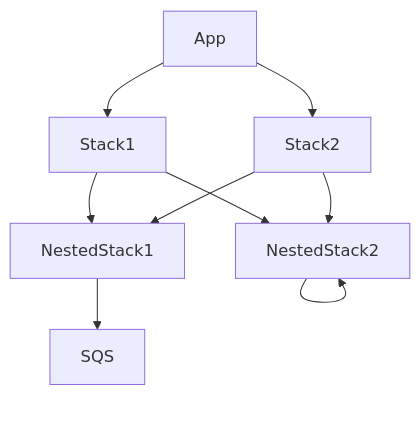
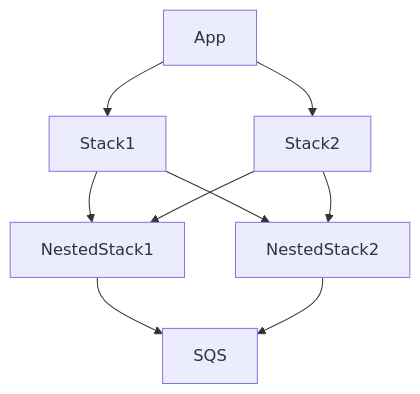
The diagram in README.md (raihalea/nestedstack-memo), drawn with Mermaid before and after one commit.

````diff
--- a/README.md
+++ b/README.md
@@ -4,14 +4,14 @@
 ```mermaid
 graph TD
   A[App] --> B[Stack1]
   A --> C[Stack2]
 
   B --> E[NestedStack1]
   B --> F[NestedStack2]
 
   C --> E
   C --> F
 
   E --> I[SQS]
-  F --> F
+  F --> I
   ```
````
